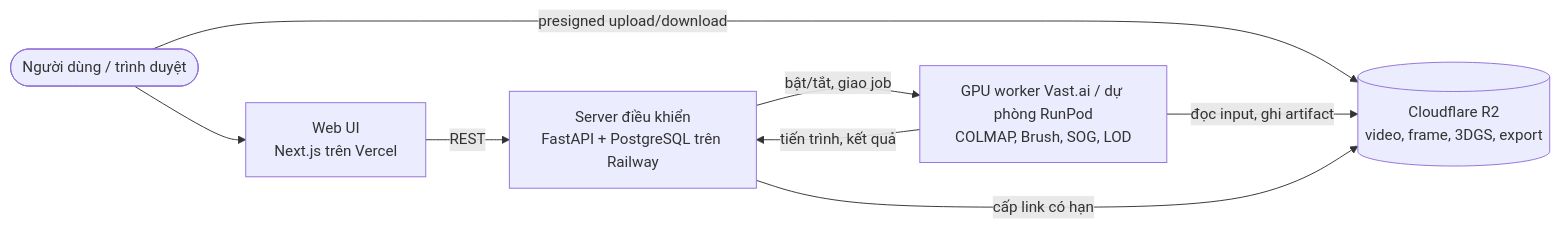
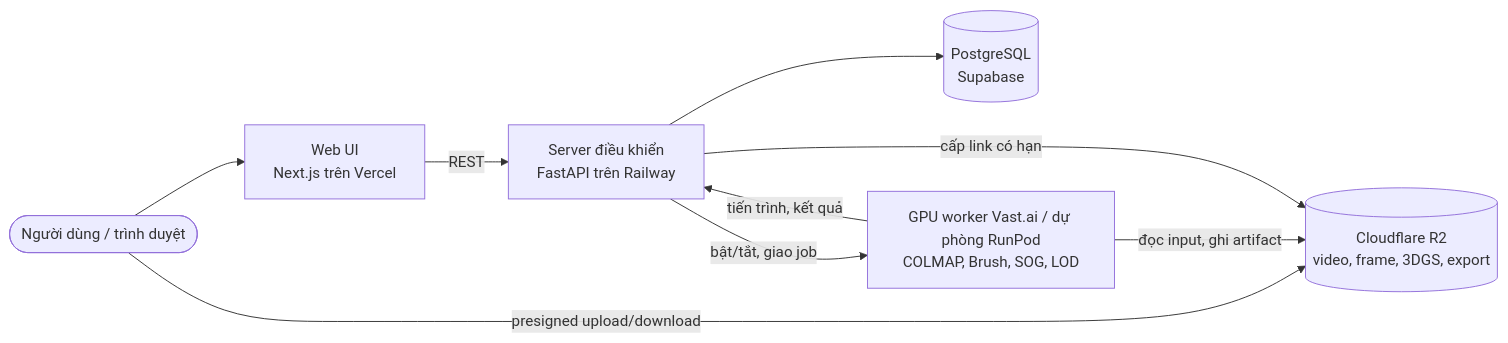
The third of 3 diagrams in docs/architecture_diagram.md (awun0105/P-087), drawn with Mermaid before and after one commit. The commit also changed 7 other files, not shown here.

Commit message:
docs: đồng bộ PostgreSQL trên Supabase trong architecture và execution docs

````diff
--- a/docs/architecture_diagram.md
+++ b/docs/architecture_diagram.md
@@ -47,10 +47,11 @@
 ```mermaid
 graph LR
     U([Người dùng / trình duyệt]) --> UI[Web UI<br/>Next.js trên Vercel]
-    UI -->|REST| API[Server điều khiển<br/>FastAPI + PostgreSQL trên Railway]
+    UI -->|REST| API[Server điều khiển<br/>FastAPI trên Railway]
+    API --> DB[(PostgreSQL<br/>Supabase)]
     U -->|presigned upload/download| R2[(Cloudflare R2<br/>video, frame, 3DGS, export)]
     API -->|bật/tắt, giao job| GPU[GPU worker Vast.ai / dự phòng RunPod<br/>COLMAP, Brush, SOG, LOD]
     GPU -->|đọc input, ghi artifact| R2
     GPU -->|tiến trình, kết quả| API
     API -->|cấp link có hạn| R2
 ```
````
